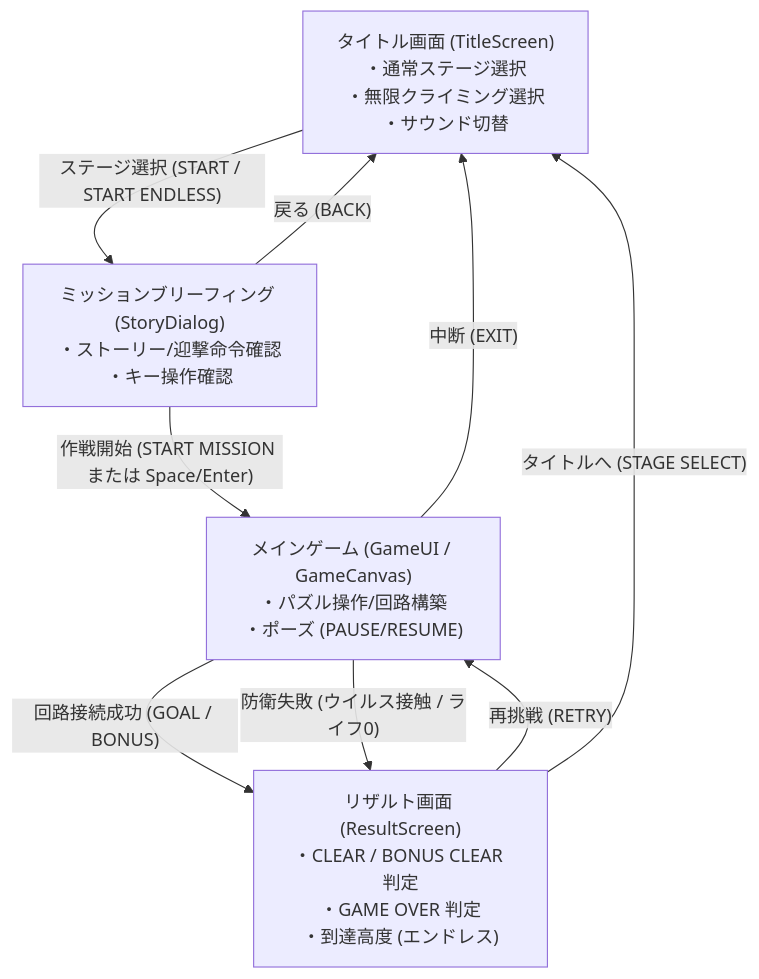
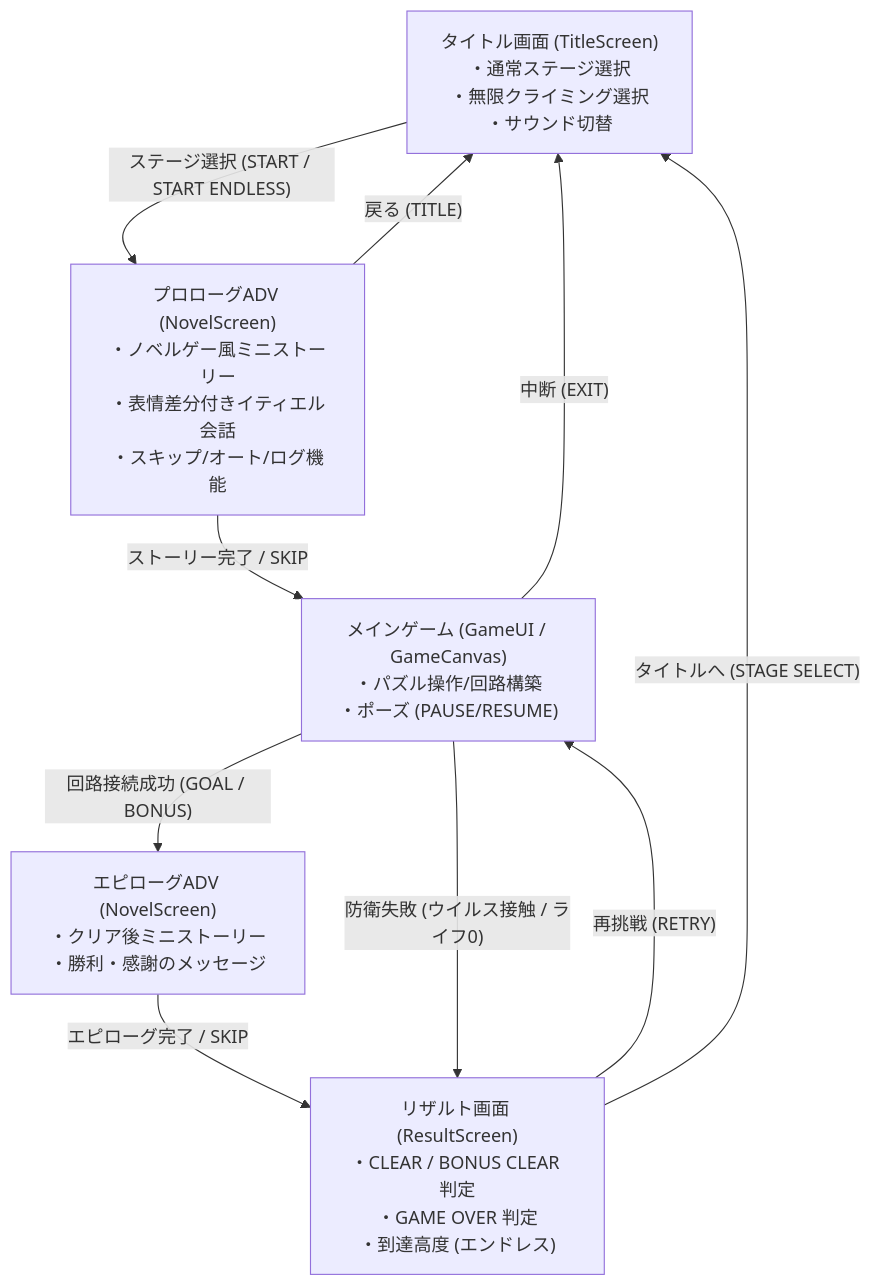
The diagram in readme.md (ithiel-committee/tethiel), drawn with Mermaid before and after one commit. The commit also changed other lines of this file and 15 other files, not shown here.

````diff
--- a/readme.md
+++ b/readme.md
@@ -50,16 +50,18 @@
 ```mermaid
 flowchart TD
     Title["タイトル画面 (TitleScreen)<br/>・通常ステージ選択<br/>・無限クライミング選択<br/>・サウンド切替"]
-    Story["ミッションブリーフィング (StoryDialog)<br/>・ストーリー/迎撃命令確認<br/>・キー操作確認"]
+    Prologue["プロローグADV (NovelScreen)<br/>・ノベルゲー風ミニストーリー<br/>・表情差分付きイティエル会話<br/>・スキップ/オート/ログ機能"]
     Game["メインゲーム (GameUI / GameCanvas)<br/>・パズル操作/回路構築<br/>・ポーズ (PAUSE/RESUME)"]
+    Epilogue["エピローグADV (NovelScreen)<br/>・クリア後ミニストーリー<br/>・勝利・感謝のメッセージ"]
     Result["リザルト画面 (ResultScreen)<br/>・CLEAR / BONUS CLEAR 判定<br/>・GAME OVER 判定<br/>・到達高度 (エンドレス)"]
 
-    Title -->|"ステージ選択 (START / START ENDLESS)"| Story
-    Story -->|"作戦開始 (START MISSION または Space/Enter)"| Game
-    Story -->|"戻る (BACK)"| Title
-    Game -->|"回路接続成功 (GOAL / BONUS)"| Result
+    Title -->|"ステージ選択 (START / START ENDLESS)"| Prologue
+    Prologue -->|"ストーリー完了 / SKIP"| Game
+    Prologue -->|"戻る (TITLE)"| Title
+    Game -->|"回路接続成功 (GOAL / BONUS)"| Epilogue
+    Epilogue -->|"エピローグ完了 / SKIP"| Result
     Game -->|"防衛失敗 (ウイルス接触 / ライフ0)"| Result
     Game -->|"中断 (EXIT)"| Title
     Result -->|"再挑戦 (RETRY)"| Game
     Result -->|"タイトルへ (STAGE SELECT)"| Title
 ```
````
